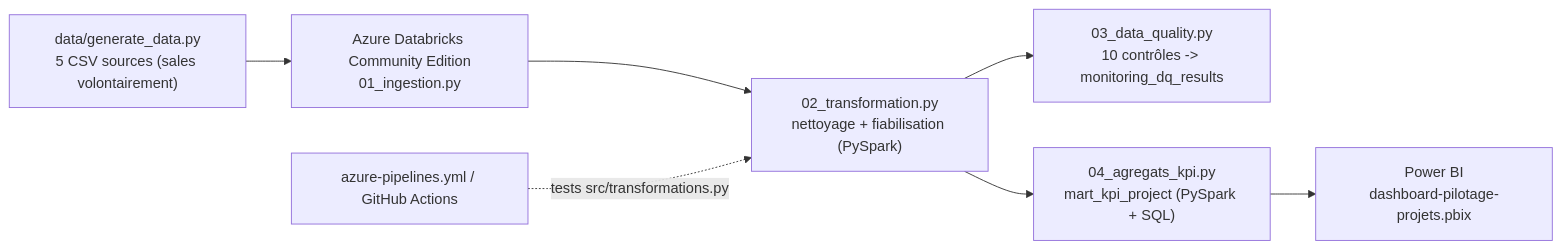
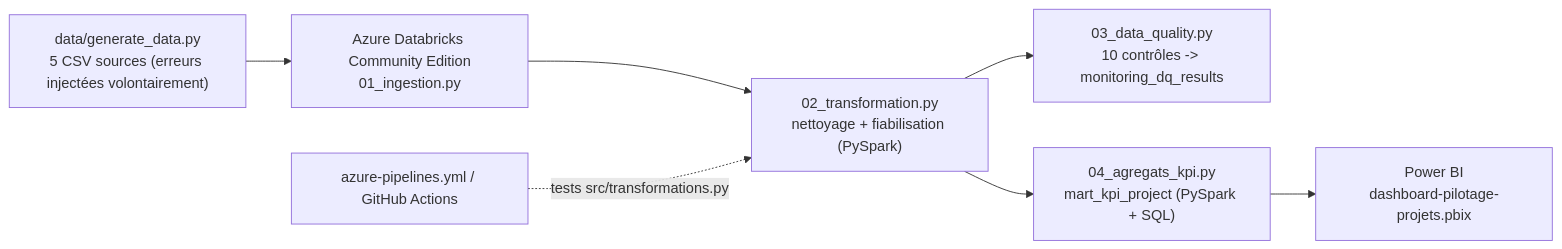
Before and after one commit to valentinratigniet-byte/projet-20-pilotage-projets-databricks: the diagram in README.md, drawn with Mermaid. The commit also changed other lines of this file and 3 other files, not shown here.

````diff
--- a/README.md
+++ b/README.md
@@ -32,9 +32,9 @@
 ```mermaid
 flowchart LR
-    A["data/generate_data.py\n5 CSV sources (sales volontairement)"] --> B["Azure Databricks Community Edition\n01_ingestion.py"]
+    A["data/generate_data.py\n5 CSV sources (erreurs injectées volontairement)"] --> B["Azure Databricks Community Edition\n01_ingestion.py"]
     B --> C["02_transformation.py\nnettoyage + fiabilisation (PySpark)"]
     C --> D["03_data_quality.py\n10 contrôles -> monitoring_dq_results"]
     C --> E["04_agregats_kpi.py\nmart_kpi_project (PySpark + SQL)"]
     E --> F["Power BI\ndashboard-pilotage-projets.pbix"]
     G["azure-pipelines.yml / GitHub Actions"] -.->|tests src/transformations.py| C
 ```
````
